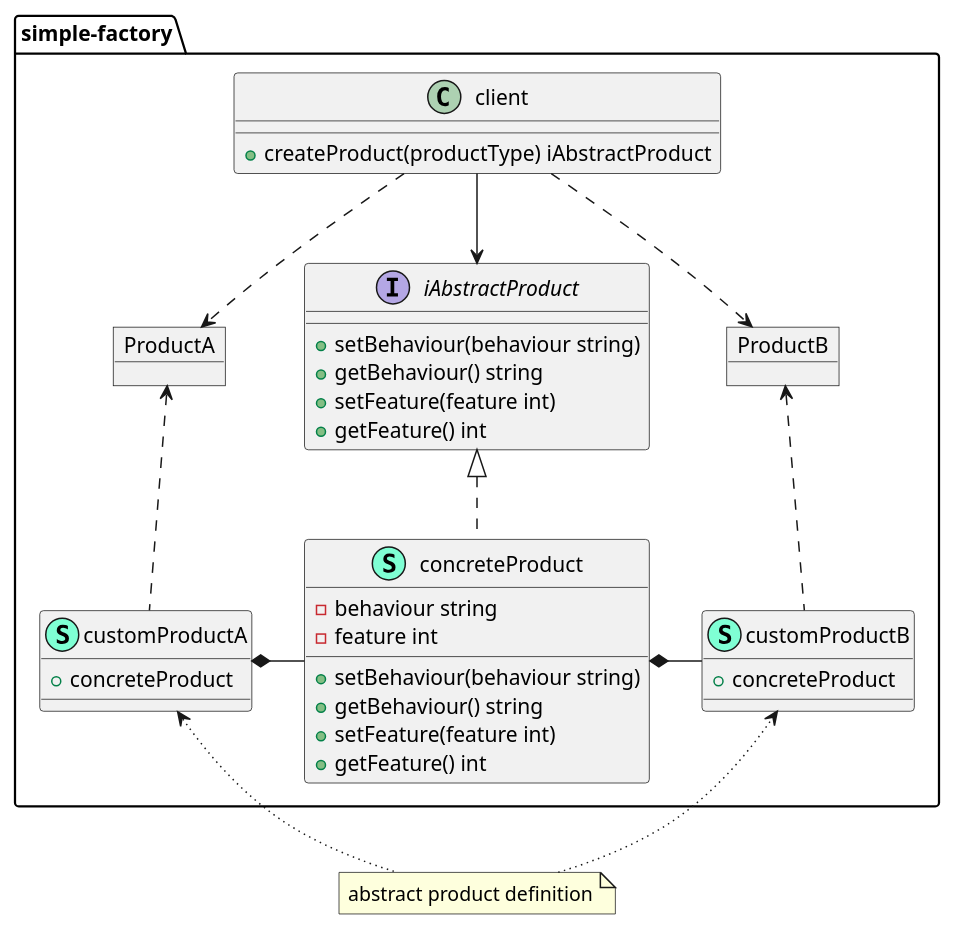
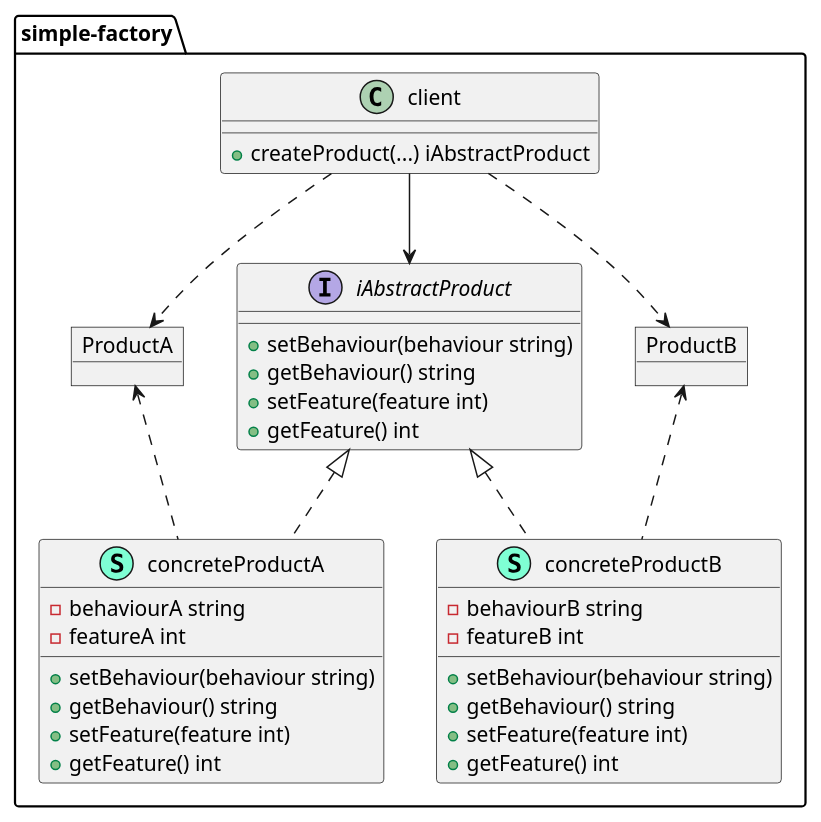
The diagram in go-dsgn-pttrn-simple-factory.puml (cloudemprise/go-dsgn-pttrn-simple-factory), drawn with PlantUML before and after one commit. The commit also changed 2 other files, not shown here.

```diff
--- a/go-dsgn-pttrn-simple-factory.puml
+++ b/go-dsgn-pttrn-simple-factory.puml
@@ -1,65 +1,60 @@
 @startuml go-dsgn-pttrn-simple-factory
 
 namespace simple-factory {
 
-    object ProductA {
-/'         - behaviour string
-        - feature int '/
+    class client {
+        + createProduct(...) iAbstractProduct
     }
 
-   class customProductA << (S,Aquamarine) >> {
-        + concreteProduct
+    object ProductA {
+
     }
 
-    class concreteProduct << (S,Aquamarine) >> {
-        - behaviour string
-        - feature int
+    class concreteProductA << (S,Aquamarine) >> {
+        - behaviourA string
+        - featureA int
+
+        + setBehaviour(behaviour string) 
+        + getBehaviour() string
+        + setFeature(feature int) 
+        + getFeature() int
+
+    }
+    class concreteProductB << (S,Aquamarine) >> {
+        - behaviourB string
+        - featureB int
 
         + setBehaviour(behaviour string) 
         + getBehaviour() string
         + setFeature(feature int) 
         + getFeature() int
 
     }
 
-    class customProductB << (S,Aquamarine) >> {
-        + concreteProduct
-    }
+    object ProductB {
 
-    object ProductB {
-/'         - behaviour string
-        - feature int '/
-    }
-
-    class client {
-        + createProduct(productType) iAbstractProduct
     }
 
     interface iAbstractProduct  {
-
         + setBehaviour(behaviour string) 
         + getBehaviour() string
         + setFeature(feature int) 
         + getFeature() int
 
     }
+
+
+
 }
 
 "simple-factory.client" --> "simple-factory.iAbstractProduct"
 
-"simple-factory.iAbstractProduct" <|.. "simple-factory.concreteProduct"
+"simple-factory.client" ..> "ProductA"
+ProductA <.. "simple-factory.concreteProductA"
+"simple-factory.client" ..> "ProductB"
+ProductB <.. "simple-factory.concreteProductB"
 
-"simple-factory.concreteProduct" *- "simple-factory.customProductB"
-"simple-factory.customProductA" *- "simple-factory.concreteProduct"
-
-
-"simple-factory.client" ..> "ProductA"
-ProductA <.. "simple-factory.customProductA"
-"simple-factory.client" ..> "ProductB"
-ProductB <.. "simple-factory.customProductB"
-
-note "abstract product definition" as N2
-"simple-factory.customProductA" <.[dotted]. N2
-N2 .[dotted].> "simple-factory.customProductB"
+"simple-factory.iAbstractProduct" <|.. "simple-factory.concreteProductA"
+"simple-factory.iAbstractProduct" <|.. "simple-factory.concreteProductB"
 
 @enduml
```
